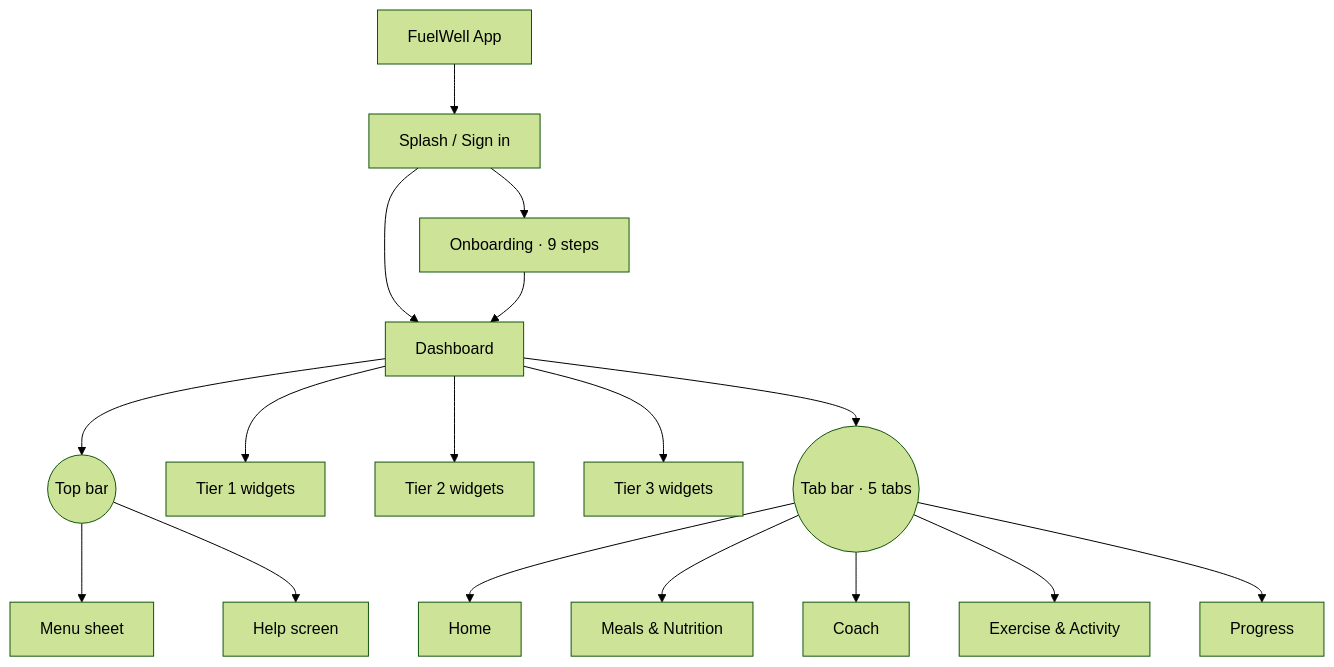
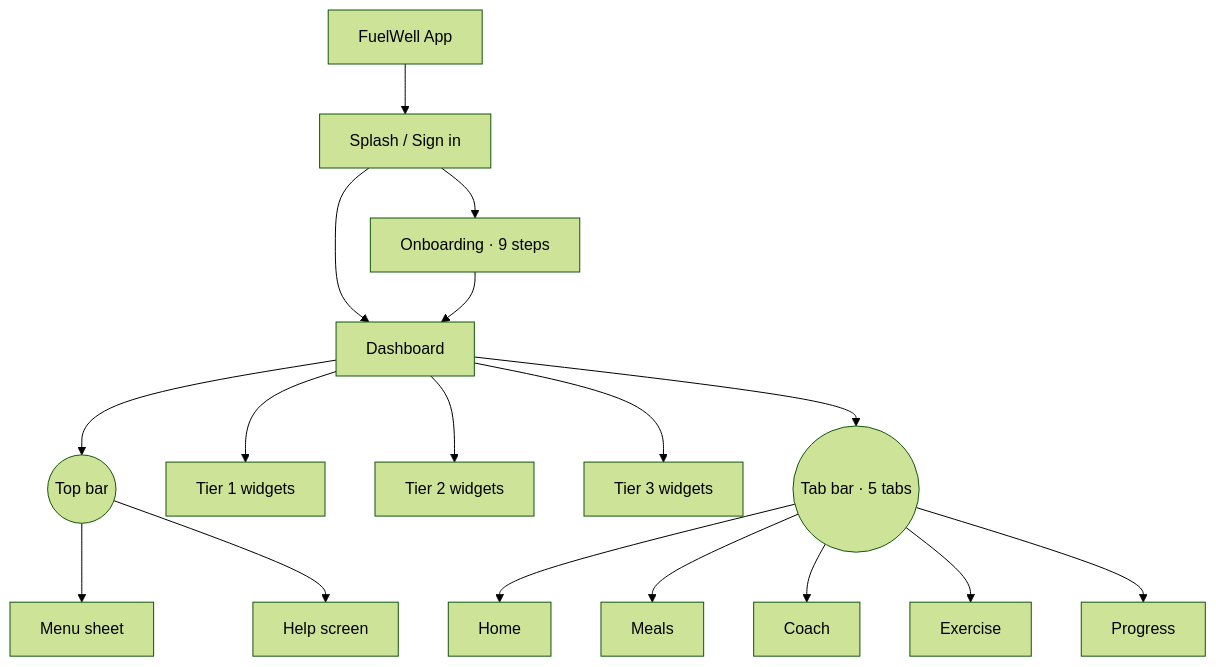
The diagram in docs/ios-guide/APP-MAP.md (RBarbieri13/FuelWell), drawn with Mermaid (forest theme) before and after one commit. The commit also changed other lines of this file and 86 other files, not shown here.

````diff
--- a/docs/ios-guide/APP-MAP.md
+++ b/docs/ios-guide/APP-MAP.md
@@ -54,22 +58,22 @@
 ```mermaid
 graph TD
   Root[FuelWell App]
   Root --> Splash[Splash / Sign in]
   Splash --> Onboard[Onboarding · 9 steps]
   Splash --> Dash[Dashboard]
   Onboard --> Dash
 
   Dash --> TopBar((Top bar))
   Dash --> Tier1[Tier 1 widgets]
   Dash --> Tier2[Tier 2 widgets]
   Dash --> Tier3[Tier 3 widgets]
   TopBar --> Menu[Menu sheet]
   TopBar --> Help[Help screen]
 
   Dash --> TabBar((Tab bar · 5 tabs))
   TabBar --> THome[Home]
-  TabBar --> TMeals[Meals & Nutrition]
+  TabBar --> TMeals[Meals]
   TabBar --> TCoach[Coach]
-  TabBar --> TExer[Exercise & Activity]
+  TabBar --> TExer[Exercise]
   TabBar --> TProg[Progress]
 ```
````
